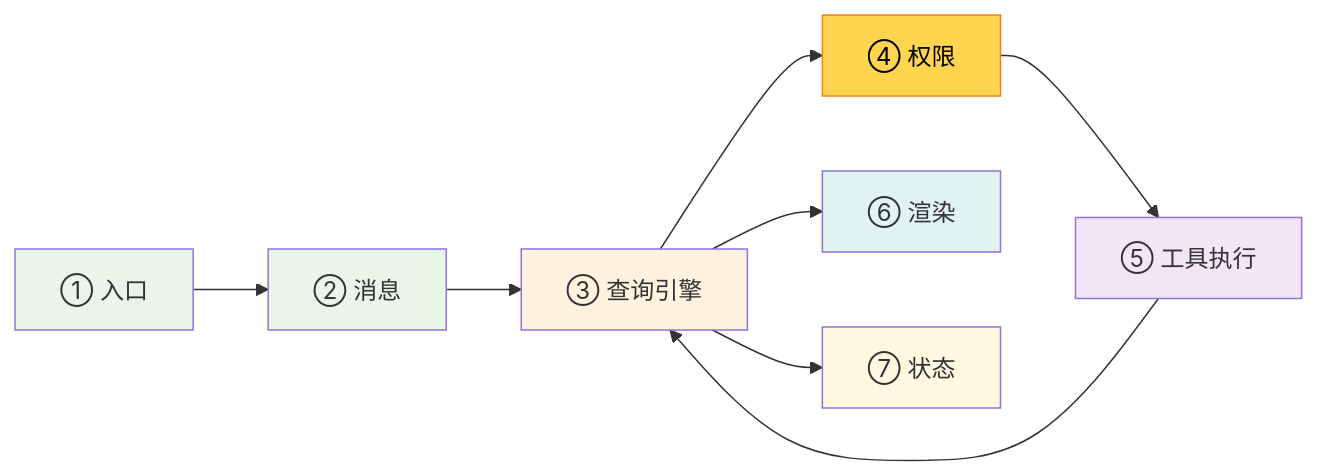
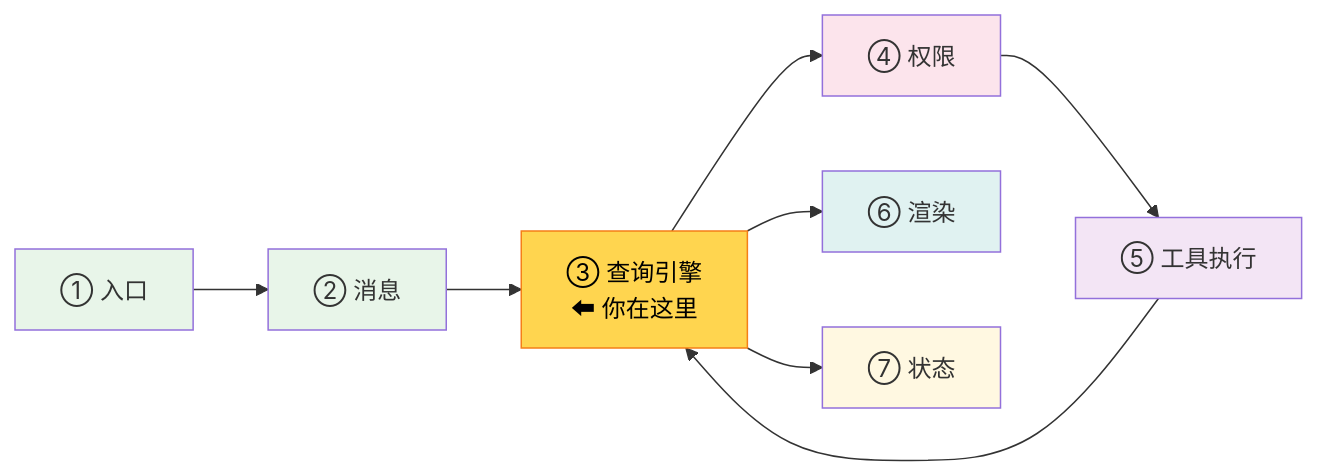
Before and after one commit to nadav-cheung/claudeai: the diagram in teaching/book/volume-1-journey/ch06-tool-registration.md, drawn with Mermaid. The commit also changed 6 other files, not shown here.

First line of the commit message:
fix(teaching): 出版级修复 — 路线图标记/术语一致性/ch09 样式

````diff
--- a/teaching/book/volume-1-journey/ch06-tool-registration.md
+++ b/teaching/book/volume-1-journey/ch06-tool-registration.md
@@ -10,18 +10,18 @@
 ```mermaid
 graph LR
     E["① 入口"] --> I["② 消息"]
-    I --> Q["③ 查询引擎"]
+    I --> Q["③ 查询引擎<br/>⬅ 你在这里"]
     Q --> P["④ 权限"]
     P --> T["⑤ 工具执行"]
     T --> Q
     Q --> R["⑥ 渲染"]
     Q --> S["⑦ 状态"]
 
     style E fill:#e8f5e9
     style I fill:#e8f5e9
-    style Q fill:#fff3e0
-    style P fill:#FFD54F,stroke:#F57F17,color:#000
+    style Q fill:#FFD54F,stroke:#F57F17,color:#000
+    style P fill:#fce4ec
     style T fill:#f3e5f5
     style R fill:#e0f2f1
     style S fill:#fff8e1
 ```
````
